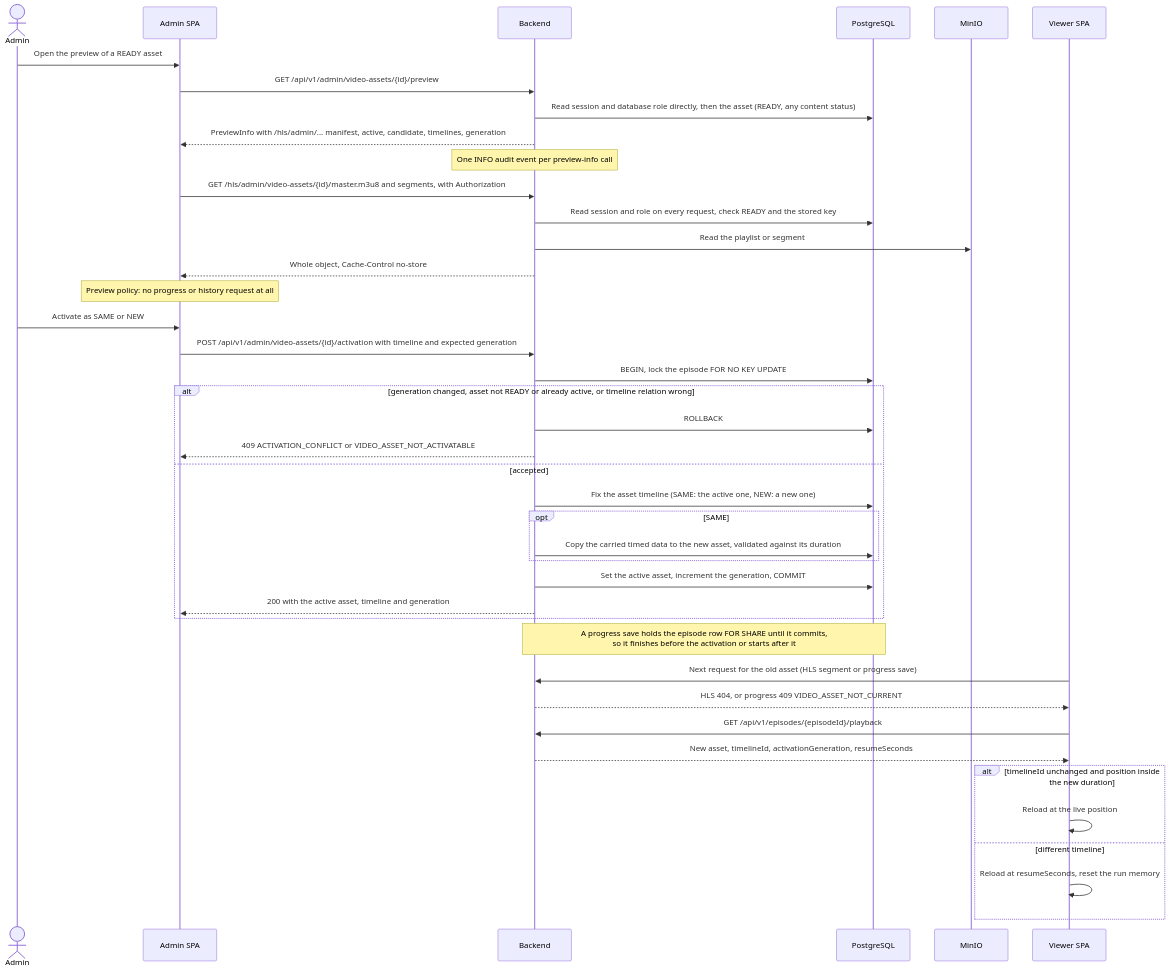
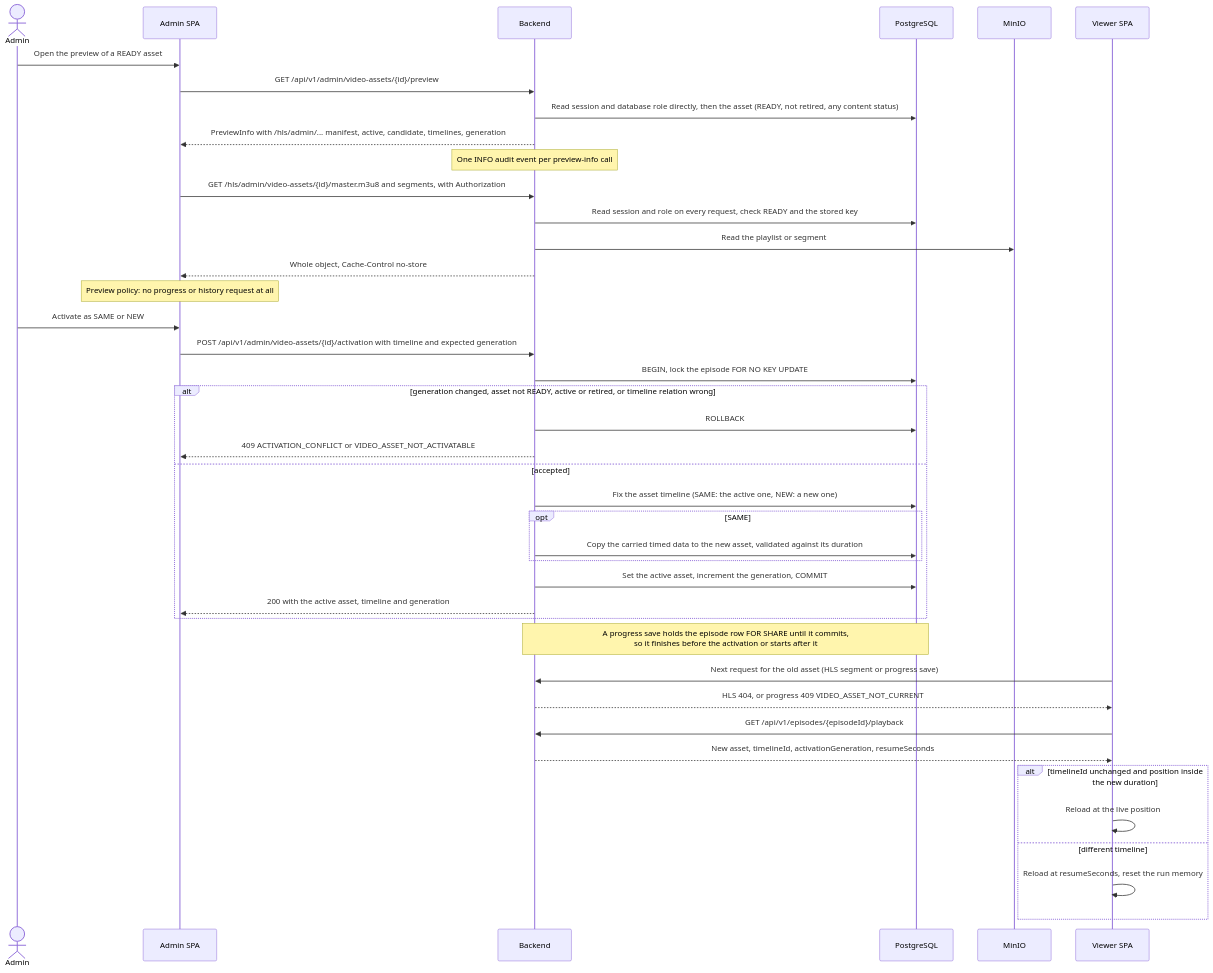
The eighth of 10 diagrams in docs/architecture/SEQUENCE-DIAGRAMS.md (Duyphanb/Self-hosted-VoD-Platform), drawn with Mermaid before and after one commit. The commit also changed 6 other files, not shown here.

````diff
--- a/docs/architecture/SEQUENCE-DIAGRAMS.md
+++ b/docs/architecture/SEQUENCE-DIAGRAMS.md
@@ -257,44 +257,44 @@
 ```mermaid
 sequenceDiagram
     actor Admin
     participant AdminSPA as Admin SPA
     participant Backend
     participant PostgreSQL
     participant MinIO
     participant ViewerSPA as Viewer SPA
 
     Admin->>AdminSPA: Open the preview of a READY asset
     AdminSPA->>Backend: GET /api/v1/admin/video-assets/{id}/preview
-    Backend->>PostgreSQL: Read session and database role directly, then the asset (READY, any content status)
+    Backend->>PostgreSQL: Read session and database role directly, then the asset (READY, not retired, any content status)
     Backend-->>AdminSPA: PreviewInfo with /hls/admin/... manifest, active, candidate, timelines, generation
     Note over Backend: One INFO audit event per preview-info call
     AdminSPA->>Backend: GET /hls/admin/video-assets/{id}/master.m3u8 and segments, with Authorization
     Backend->>PostgreSQL: Read session and role on every request, check READY and the stored key
     Backend->>MinIO: Read the playlist or segment
     Backend-->>AdminSPA: Whole object, Cache-Control no-store
     Note over AdminSPA: Preview policy: no progress or history request at all
     Admin->>AdminSPA: Activate as SAME or NEW
     AdminSPA->>Backend: POST /api/v1/admin/video-assets/{id}/activation with timeline and expected generation
     Backend->>PostgreSQL: BEGIN, lock the episode FOR NO KEY UPDATE
-    alt generation changed, asset not READY or already active, or timeline relation wrong
+    alt generation changed, asset not READY, active or retired, or timeline relation wrong
         Backend->>PostgreSQL: ROLLBACK
         Backend-->>AdminSPA: 409 ACTIVATION_CONFLICT or VIDEO_ASSET_NOT_ACTIVATABLE
     else accepted
         Backend->>PostgreSQL: Fix the asset timeline (SAME: the active one, NEW: a new one)
         opt SAME
             Backend->>PostgreSQL: Copy the carried timed data to the new asset, validated against its duration
         end
         Backend->>PostgreSQL: Set the active asset, increment the generation, COMMIT
         Backend-->>AdminSPA: 200 with the active asset, timeline and generation
     end
     Note over Backend,PostgreSQL: A progress save holds the episode row FOR SHARE until it commits,<br/>so it finishes before the activation or starts after it
     ViewerSPA->>Backend: Next request for the old asset (HLS segment or progress save)
     Backend-->>ViewerSPA: HLS 404, or progress 409 VIDEO_ASSET_NOT_CURRENT
     ViewerSPA->>Backend: GET /api/v1/episodes/{episodeId}/playback
     Backend-->>ViewerSPA: New asset, timelineId, activationGeneration, resumeSeconds
     alt timelineId unchanged and position inside the new duration
         ViewerSPA->>ViewerSPA: Reload at the live position
     else different timeline
         ViewerSPA->>ViewerSPA: Reload at resumeSeconds, reset the run memory
     end
 ```
````
